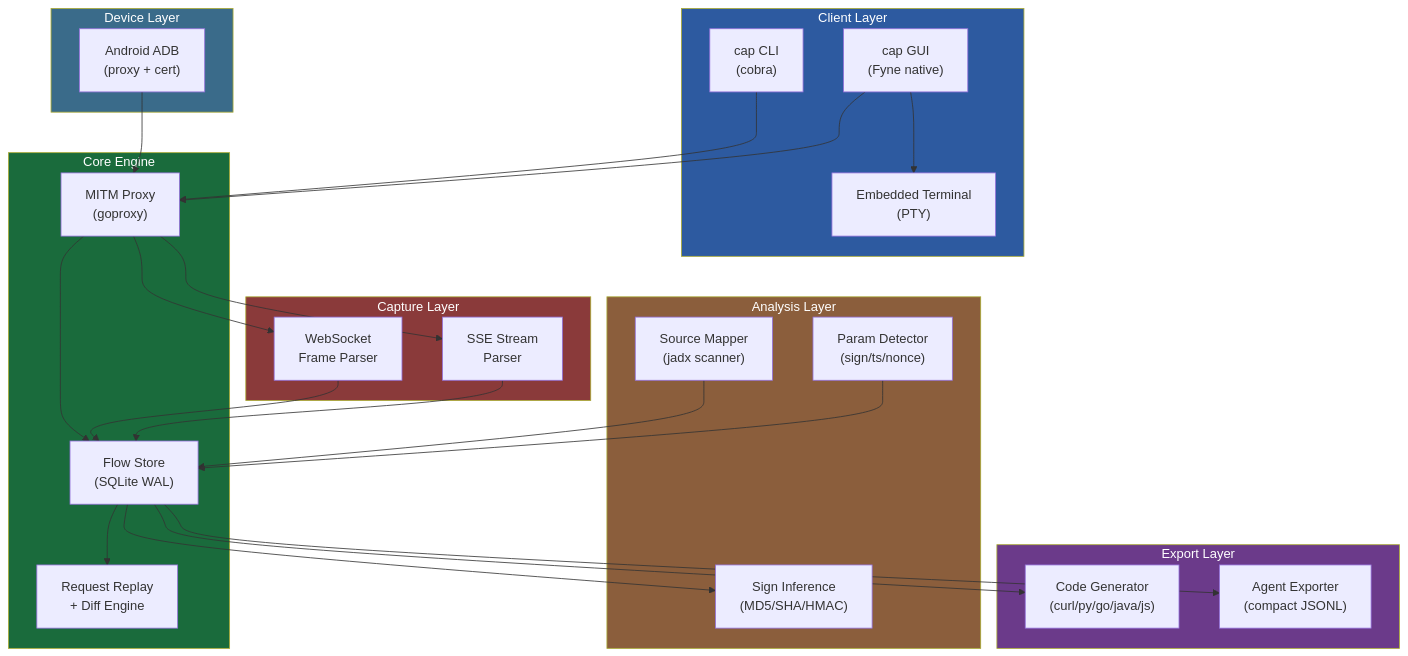
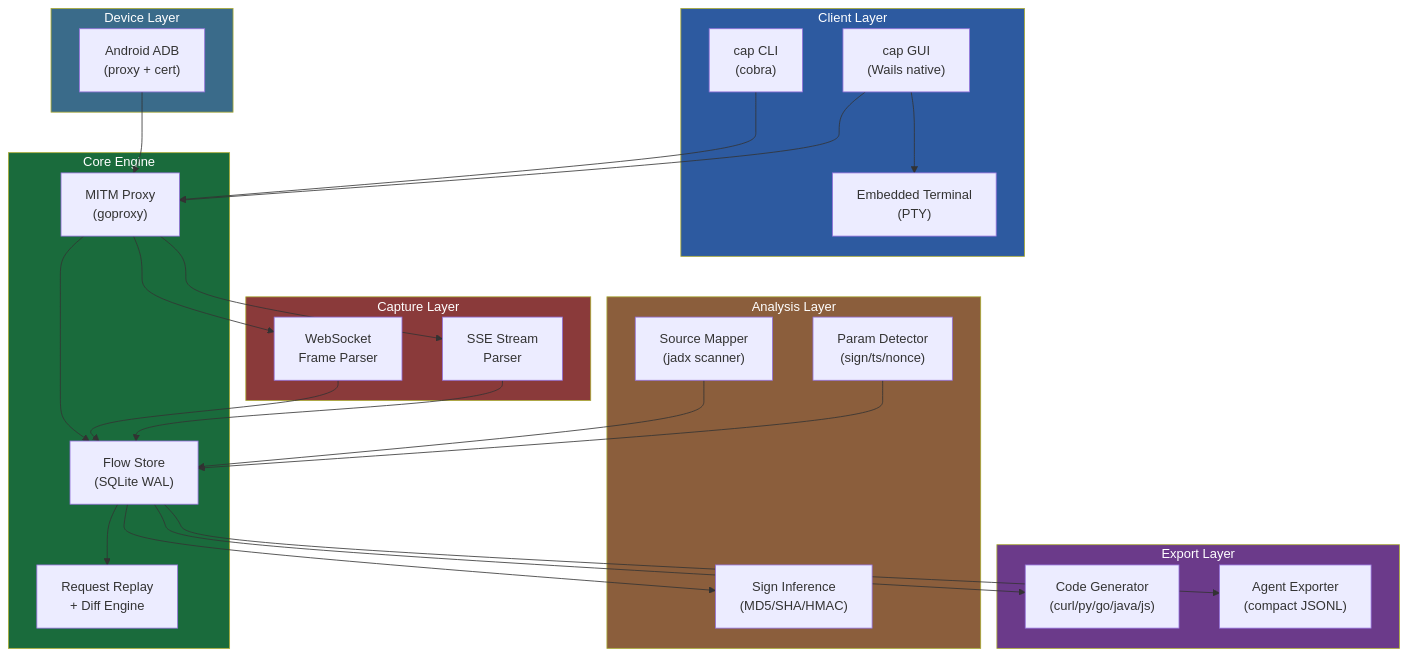
The first of 3 diagrams in README.md (overkazaf/cap), drawn with Mermaid before and after one commit. The commit also changed other lines of this file and 32 other files, not shown here.

First line of the commit message:
feat(gui): replace Fyne with Wails + Svelte for modern desktop UI

````diff
--- a/README.md
+++ b/README.md
@@ -43,57 +47,57 @@
 ```mermaid
 flowchart TB
     subgraph Client["Client Layer"]
         CLI["cap CLI<br/>(cobra)"]
-        GUI["cap GUI<br/>(Fyne native)"]
+        GUI["cap GUI<br/>(Wails native)"]
         TTY["Embedded Terminal<br/>(PTY)"]
     end
 
     subgraph Core["Core Engine"]
         PROXY["MITM Proxy<br/>(goproxy)"]
         STORE["Flow Store<br/>(SQLite WAL)"]
         REPLAY["Request Replay<br/>+ Diff Engine"]
     end
 
     subgraph Analysis["Analysis Layer"]
         SIGN["Sign Inference<br/>(MD5/SHA/HMAC)"]
         CONTEXT["Source Mapper<br/>(jadx scanner)"]
         DETECT["Param Detector<br/>(sign/ts/nonce)"]
     end
 
     subgraph Export["Export Layer"]
         CODEGEN["Code Generator<br/>(curl/py/go/java/js)"]
         AGENT["Agent Exporter<br/>(compact JSONL)"]
     end
 
     subgraph Capture["Capture Layer"]
         WS["WebSocket<br/>Frame Parser"]
         SSE["SSE Stream<br/>Parser"]
     end
 
     subgraph Device["Device Layer"]
         ADB["Android ADB<br/>(proxy + cert)"]
     end
 
     CLI --> PROXY
     GUI --> PROXY
     GUI --> TTY
     PROXY --> STORE
     PROXY --> WS
     PROXY --> SSE
     WS --> STORE
     SSE --> STORE
     STORE --> CODEGEN
     STORE --> AGENT
     STORE --> SIGN
     STORE --> REPLAY
     CONTEXT --> STORE
     DETECT --> STORE
     ADB --> PROXY
 
     style Client fill:#2d5aa0,color:#fff
     style Core fill:#1a6b3c,color:#fff
     style Analysis fill:#8b5e3c,color:#fff
     style Export fill:#6b3a8a,color:#fff
     style Capture fill:#8a3a3a,color:#fff
     style Device fill:#3a6b8a,color:#fff
 ```
````
